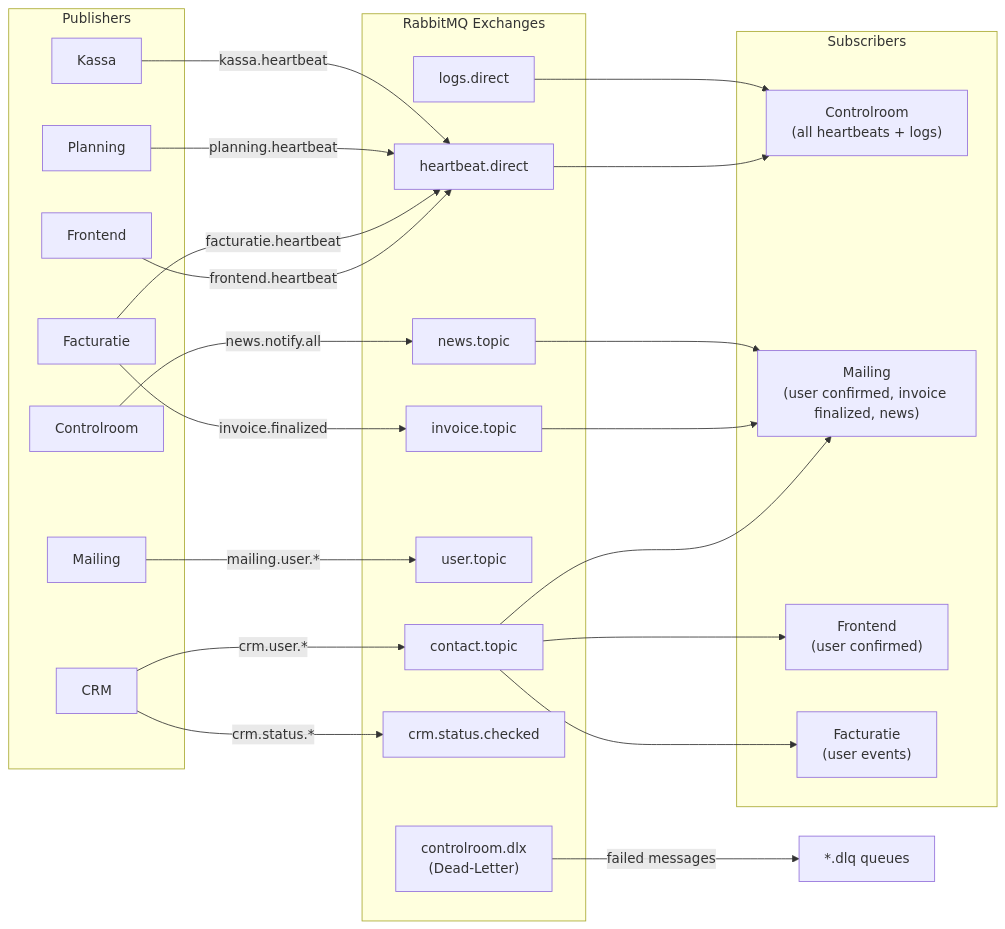
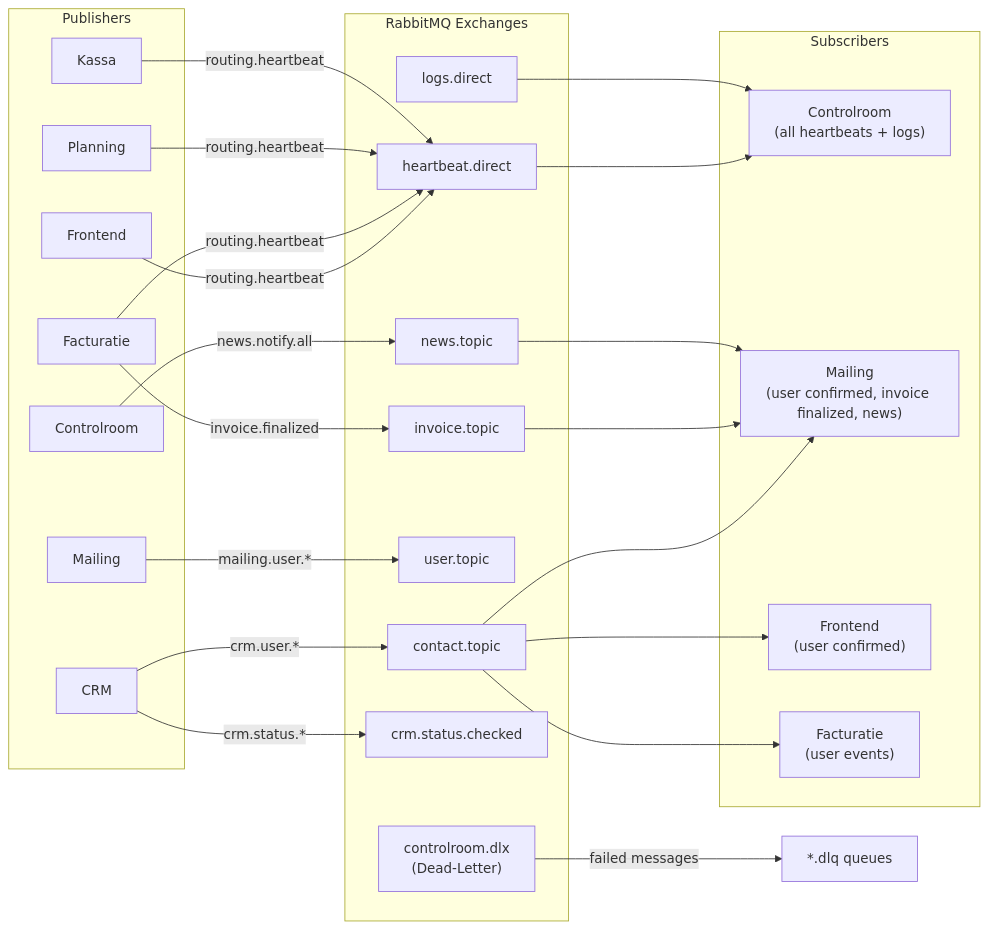
Before and after one commit to Integration-Project-2026-Groep-2/.github: the fifth of 7 diagrams in profile/README.md, drawn with Mermaid.

Commit message:
docs: update README.md to modify heartbeat routing labels in mermaid diagram

````diff
--- a/profile/README.md
+++ b/profile/README.md
@@ -474,50 +474,50 @@
 ```mermaid
 graph LR
     subgraph PUB["Publishers"]
         FE["Frontend"]
         CRM["CRM"]
         FAC["Facturatie"]
         MAIL["Mailing"]
         PLAN["Planning"]
         KSA["Kassa"]
         CR["Controlroom"]
     end
 
     subgraph EX["RabbitMQ Exchanges"]
         HB["heartbeat.direct"]
         CT["contact.topic"]
         IT["invoice.topic"]
         NT["news.topic"]
         UT["user.topic"]
         LG["logs.direct"]
         ST["crm.status.checked"]
         DLX["controlroom.dlx\n(Dead-Letter)"]
     end
 
     subgraph SUB["Subscribers"]
         CR2["Controlroom\n(all heartbeats + logs)"]
         MAIL2["Mailing\n(user confirmed, invoice finalized, news)"]
         FE2["Frontend\n(user confirmed)"]
         FAC2["Facturatie\n(user events)"]
     end
 
-    FE   -->|"frontend.heartbeat"| HB
+    FE   -->|"routing.heartbeat"| HB
     CRM  -->|"crm.user.*"| CT
     CRM  -->|"crm.status.*"| ST
     FAC  -->|"invoice.finalized"| IT
-    FAC  -->|"facturatie.heartbeat"| HB
+    FAC  -->|"routing.heartbeat"| HB
     MAIL -->|"mailing.user.*"| UT
-    PLAN -->|"planning.heartbeat"| HB
-    KSA  -->|"kassa.heartbeat"| HB
+    PLAN -->|"routing.heartbeat"| HB
+    KSA  -->|"routing.heartbeat"| HB
     CR   -->|"news.notify.all"| NT
 
     HB --> CR2
     LG --> CR2
     CT --> MAIL2
     IT --> MAIL2
     NT --> MAIL2
     CT --> FE2
     CT --> FAC2
 
     DLX -->|failed messages| Q1["*.dlq queues"]
 ```
````
